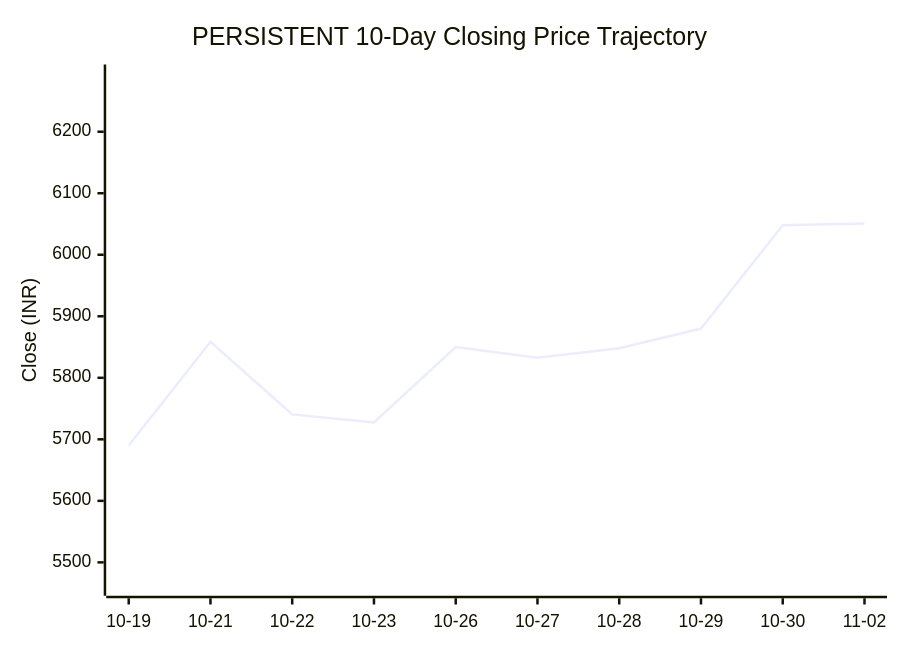
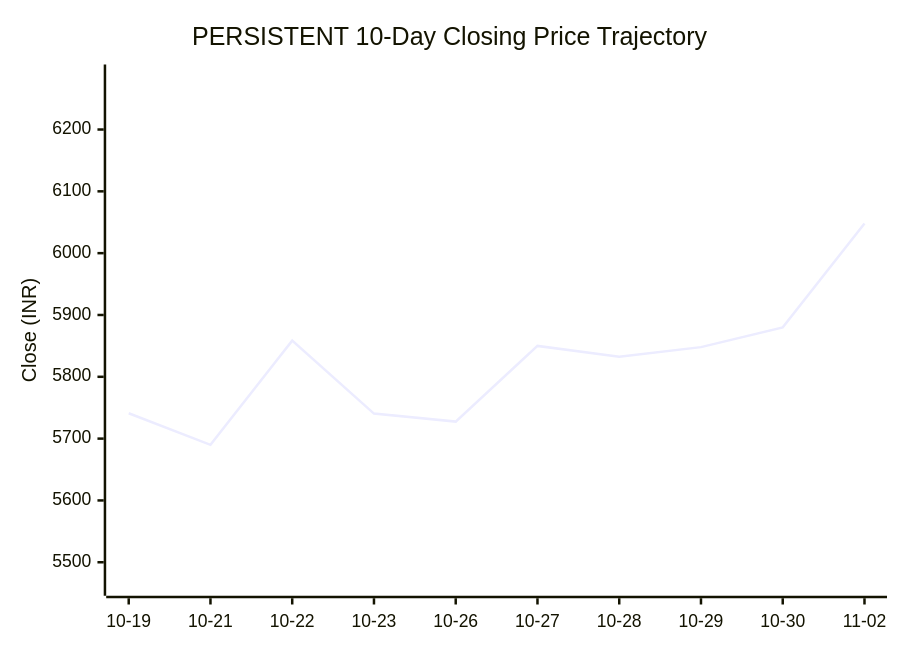
One commit to purnareddy9/dev changed the first of 2 diagrams in market-intelligence/stocks/PERSISTENT/README.md. Above: the diagram before and after it, drawn with Mermaid. The commit also changed other lines of this file and 3 other files, not shown here.

````diff
--- a/market-intelligence/stocks/PERSISTENT/README.md
+++ b/market-intelligence/stocks/PERSISTENT/README.md
@@ -44,7 +43,7 @@
 ```mermaid
 xychart-beta
     title "PERSISTENT 10-Day Closing Price Trajectory"
     x-axis ["10-19", "10-21", "10-22", "10-23", "10-26", "10-27", "10-28", "10-29", "10-30", "11-02"]
-    y-axis "Close (INR)" 5462 --> 6293
-    line [5690.0, 5858.5, 5740.5, 5727.5, 5850.0, 5832.5, 5848.0, 5880.0, 6048.0, 6051.0]
+    y-axis "Close (INR)" 5462 --> 6289
+    line [5741.0, 5690.0, 5858.5, 5740.5, 5727.5, 5850.0, 5832.5, 5848.0, 5880.0, 6048.0]
 ```
````
